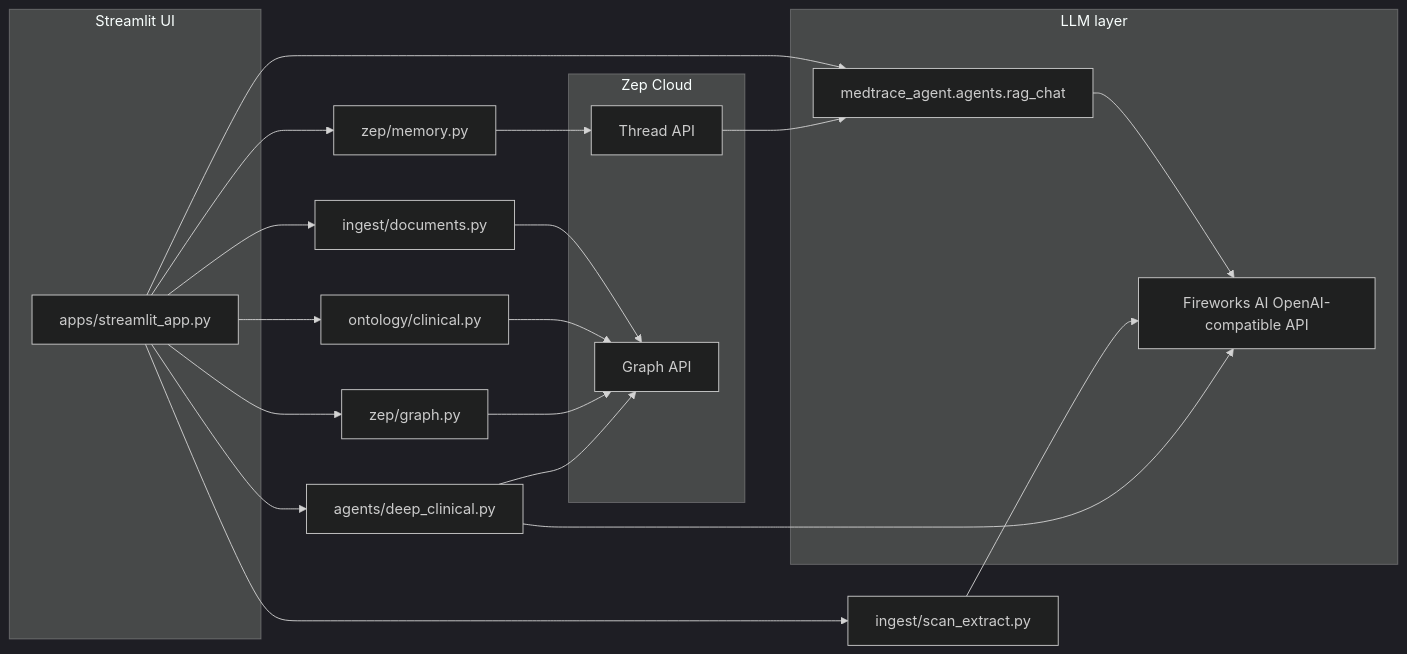
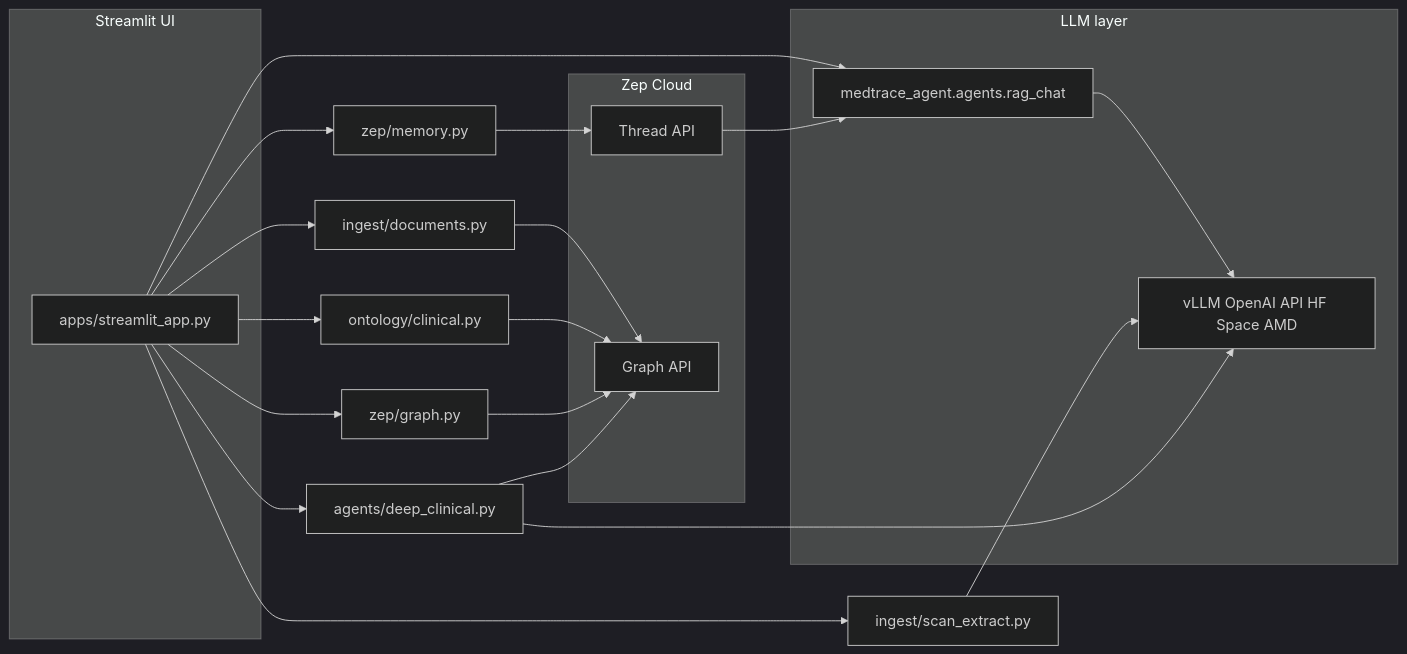
One commit to pramodthe/MedTrace-AI changed the first of 3 diagrams in README.md. Above: the diagram before and after it, drawn with Mermaid (dark theme). The commit also changed other lines of this file and 60 other files, not shown here.

````diff
--- a/README.md
+++ b/README.md
@@ -13,30 +32,30 @@
 ```mermaid
 flowchart LR
   subgraph ui [Streamlit UI]
     APP[apps/streamlit_app.py]
   end
   subgraph llm [LLM layer]
     AG[medtrace_agent.agents.rag_chat]
-    FW[Fireworks AI OpenAI-compatible API]
+    FW[vLLM OpenAI API HF Space AMD]
   end
   subgraph zep [Zep Cloud]
     TH[Thread API]
     GR[Graph API]
   end
   APP --> AG
   AG --> FW
   APP --> ZM[zep/memory.py]
   APP --> ZG[zep/graph.py]
   APP --> DOC[ingest/documents.py]
   APP --> SCAN[ingest/scan_extract.py]
   APP --> ONTO[ontology/clinical.py]
   APP --> DCA[agents/deep_clinical.py]
   ZM --> TH
   DOC --> GR
   SCAN --> FW
   ONTO --> GR
   ZG --> GR
   TH --> AG
   DCA --> FW
   DCA --> GR
 ```
````
